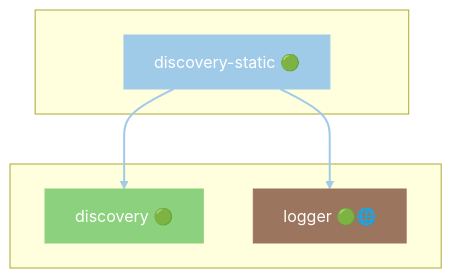
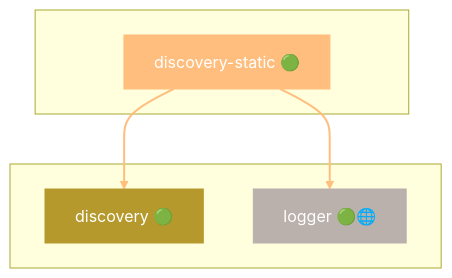
One commit to grest-ts/grest-ts changed diagram 18 of 45 in docs/DEPENDENCIES.md. Above: the diagram before and after it, drawn with Mermaid. The commit also changed other lines of this file and 6 other files, not shown here.

````diff
--- a/docs/DEPENDENCIES.md
+++ b/docs/DEPENDENCIES.md
@@ -907,17 +929,17 @@
 ```mermaid
 flowchart TB
     subgraph Package[" "]
         discovery-static["discovery-static 🟢"]
     end
     subgraph Dependencies[" "]
         discovery["discovery 🟢"]
         logger["logger 🟢🌐"]
     end
     discovery-static --> discovery
     discovery-static --> logger
-    style discovery-static fill:#A0CBE8,stroke:#A0CBE8,color:#fff
-    style discovery fill:#8CD17D,stroke:#8CD17D,color:#fff
-    style logger fill:#9C755F,stroke:#9C755F,color:#fff
-    linkStyle 0 stroke:#A0CBE8,stroke-width:2px
-    linkStyle 1 stroke:#A0CBE8,stroke-width:2px
+    style discovery-static fill:#FFBE7D,stroke:#FFBE7D,color:#fff
+    style discovery fill:#B6992D,stroke:#B6992D,color:#fff
+    style logger fill:#BAB0AC,stroke:#BAB0AC,color:#fff
+    linkStyle 0 stroke:#FFBE7D,stroke-width:2px
+    linkStyle 1 stroke:#FFBE7D,stroke-width:2px
 ```
````
